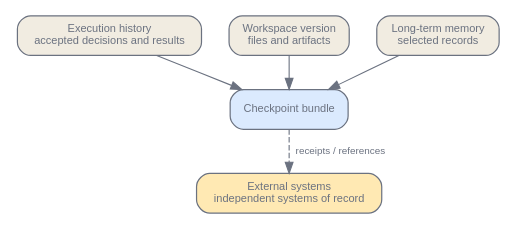
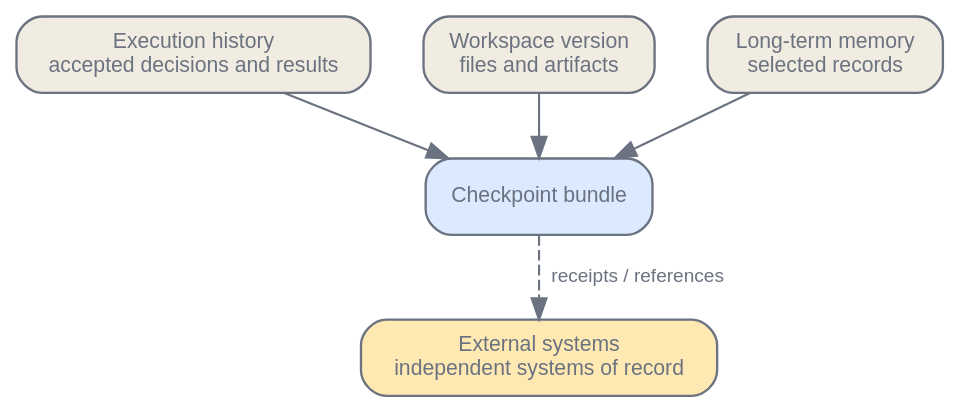
One commit to latere-ai/ai-as-an-infrastructure changed the first of 4 diagrams in en/orchestration/03-memory-systems.qmd. Above: the diagram before and after it, drawn with Graphviz. The commit also changed other lines of this file and 1 other file, not shown here.

Commit message:
orchestration: memory diagrams drop the ignored size attribute so they scale with the column

````diff
--- a/en/orchestration/03-memory-systems.qmd
+++ b/en/orchestration/03-memory-systems.qmd
@@ -48,23 +48,22 @@
 ```{dot}
 //| label: fig-memory-state-boundaries
 //| fig-cap: "Four state owners meet at a checkpoint. The journal, workspace, and memory store are controlled state; external systems remain separate systems of record."
 digraph {
     bgcolor="transparent";
     rankdir=TB;
-    size="3.2,8.0";
     nodesep=0.35; ranksep=0.42;
     node [shape=box, style="rounded,filled", fontname="Helvetica", fontsize=10, color="#6b7280", fontcolor="#6b7280", fillcolor="#f1ece1", penwidth=1.1];
     edge [fontsize=9, fontname="Helvetica", color="#6b7280", fontcolor="#6b7280"];
 
     C [label="Checkpoint bundle", fillcolor="#dbeafe"];
     J [label="Execution history\naccepted decisions and results"];
     W [label="Workspace version\nfiles and artifacts"];
     M [label="Long-term memory\nselected records"];
     E [label="External systems\nindependent systems of record", fillcolor="#ffe9b3"];
 
     J -> C;
     W -> C;
     M -> C;
     C -> E [label="receipts / references", style=dashed];
 }
 ```
````
